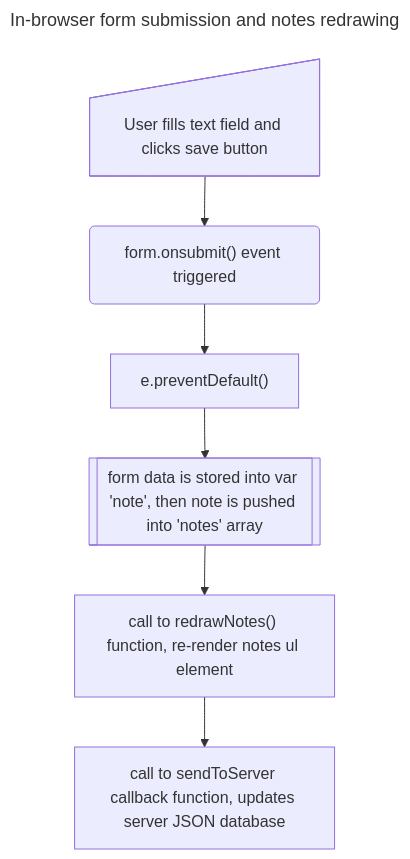
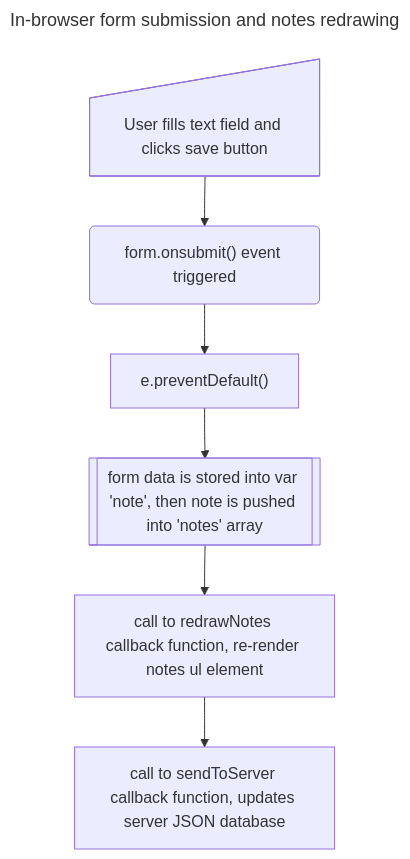
The diagram in part0/0_6/spa_new_note.md (ProspektsMarch22/fullstackopen), drawn with Mermaid before and after one commit.

Commit message:
Adds minor tweak to node text

````diff
--- a/part0/0_6/spa_new_note.md
+++ b/part0/0_6/spa_new_note.md
@@ -1,8 +1,8 @@
 ```mermaid
 ---
   title: In-browser form submission and notes redrawing
 ---
   flowchart TD
-    A@{ shape: manual-input, label: "User fills text field and clicks save button"} --> B@{ shape: rounded, label: "form.onsubmit() event triggered"} --> C@{ shape: rect, label: "e.preventDefault()"} --> D@{ shape: fr-rect, label: "form data is stored into var 'note', then note is pushed into 'notes' array" } --> E@{ shape: rect, label: "call to redrawNotes() function, re-render notes ul element"} --> F@{ shape: rect, label: "call to sendToServer callback function, updates server JSON database"}
+    A@{ shape: manual-input, label: "User fills text field and clicks save button"} --> B@{ shape: rounded, label: "form.onsubmit() event triggered"} --> C@{ shape: rect, label: "e.preventDefault()"} --> D@{ shape: fr-rect, label: "form data is stored into var 'note', then note is pushed into 'notes' array" } --> E@{ shape: rect, label: "call to redrawNotes callback function, re-render notes ul element"} --> F@{ shape: rect, label: "call to sendToServer callback function, updates server JSON database"}
 
 ```
````
